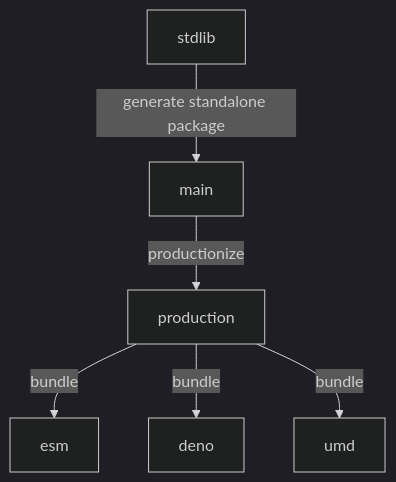
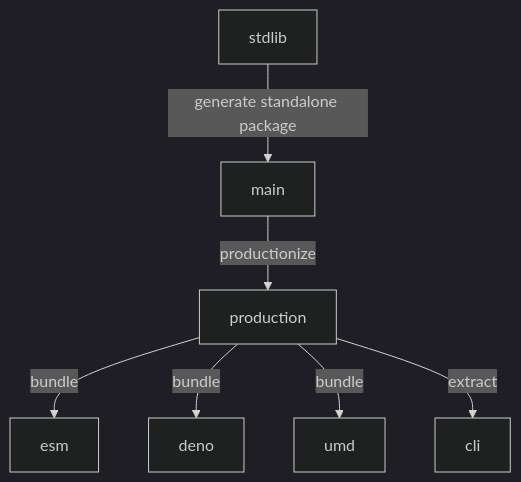
Before and after one commit to stdlib-js/string-right-pad: the diagram in branches.md, drawn with Mermaid (dark theme). The commit also changed other lines of this file and 8 other files, not shown here.

````diff
--- a/branches.md
+++ b/branches.md
@@ -33,15 +34,17 @@
 ```mermaid
 graph TD;
 A[stdlib]-->|generate standalone package|B;
 B[main] -->|productionize| C[production];
 C -->|bundle| D[esm];
 C -->|bundle| E[deno];
 C -->|bundle| F[umd];
+C -->|extract| G[cli];
 
-click A href "https://github.com/stdlib-js/stdlib/tree/develop/lib/node_modules/%40stdlib/string/right-pad"
-click B href "https://github.com/stdlib-js/string-right-pad/tree/main"
-click C href "https://github.com/stdlib-js/string-right-pad/tree/production"
-click D href "https://github.com/stdlib-js/string-right-pad/tree/esm"
-click E href "https://github.com/stdlib-js/string-right-pad/tree/deno"
-click F href "https://github.com/stdlib-js/string-right-pad/tree/umd"
+%% click A href "https://github.com/stdlib-js/stdlib/tree/develop/lib/node_modules/%40stdlib/string/right-pad"
+%% click B href "https://github.com/stdlib-js/string-right-pad/tree/main"
+%% click C href "https://github.com/stdlib-js/string-right-pad/tree/production"
+%% click D href "https://github.com/stdlib-js/string-right-pad/tree/esm"
+%% click E href "https://github.com/stdlib-js/string-right-pad/tree/deno"
+%% click F href "https://github.com/stdlib-js/string-right-pad/tree/umd"
+%% click G href "https://github.com/stdlib-js/string-right-pad/tree/cli"
 ```
````
